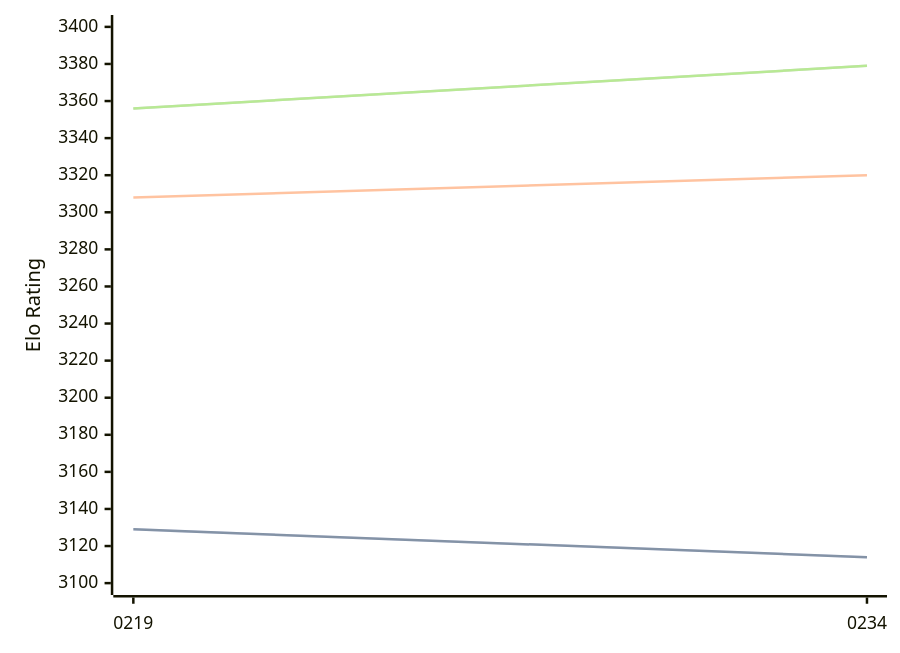
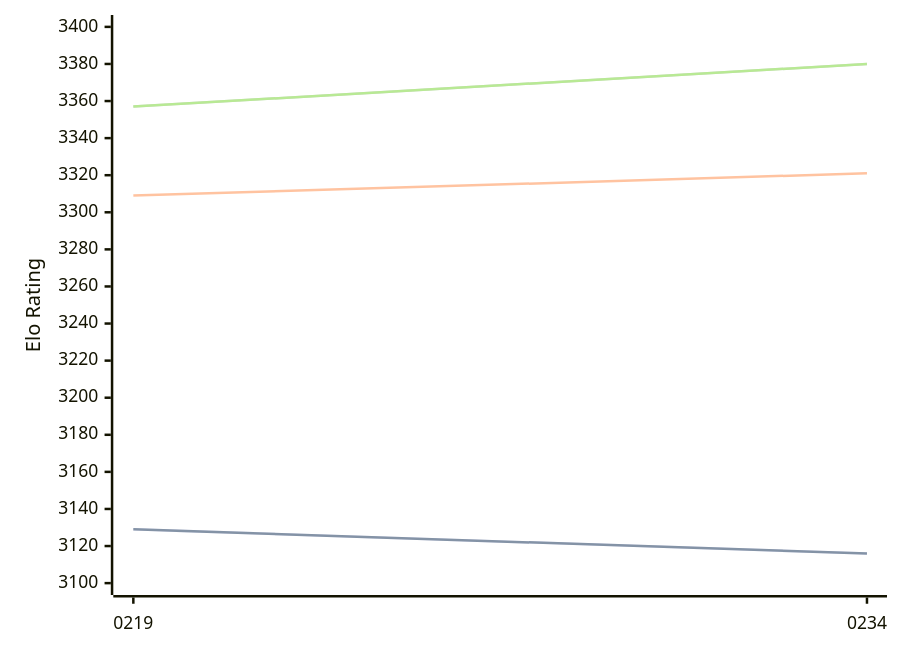
The diagram in engines/Ynode.md (computer-chess-index/cci), drawn with Mermaid before and after one commit. The commit also changed other lines of this file, not shown here.

Commit message:
Update CCI Ratings (ELO VLTC) - 2026-05-22

````diff
--- a/engines/Ynode.md
+++ b/engines/Ynode.md
@@ -39,11 +39,11 @@
 ```mermaid
 %%{init: {"theme":"base","themeVariables":{"seriesColors:['#a3a3a3','#222221','#faa371']}}}%%
 xychart-beta
   x-axis ["0219", "0234"]
   y-axis "Elo Rating" 3100 --> 3400
-  line "STC (8.0+0.08s)" [3129, 3114]
-  line "STC (8.0+0.08s)" [3129, 3114]
-  line "LTC (60.0+0.60s)" [3308, 3320]
-  line "VLTC (2m24s+1.12s)" [3356, 3379]
-  line "VLTC (2m24s+1.12s)" [3356, 3379]
+  line "STC (8.0+0.08s)" [3129, 3116]
+  line "STC (8.0+0.08s)" [3129, 3116]
+  line "LTC (60.0+0.60s)" [3309, 3321]
+  line "VLTC (2m24s+1.12s)" [3357, 3380]
+  line "VLTC (2m24s+1.12s)" [3357, 3380]
 ```
````
